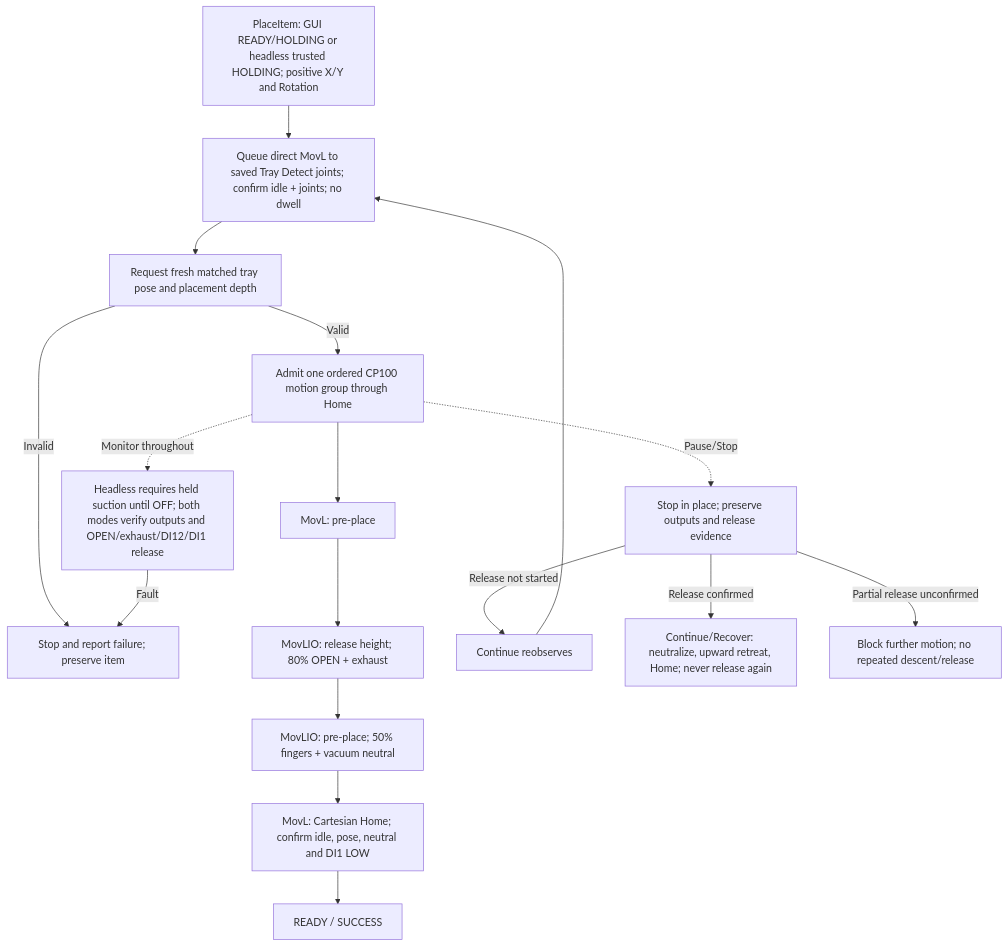
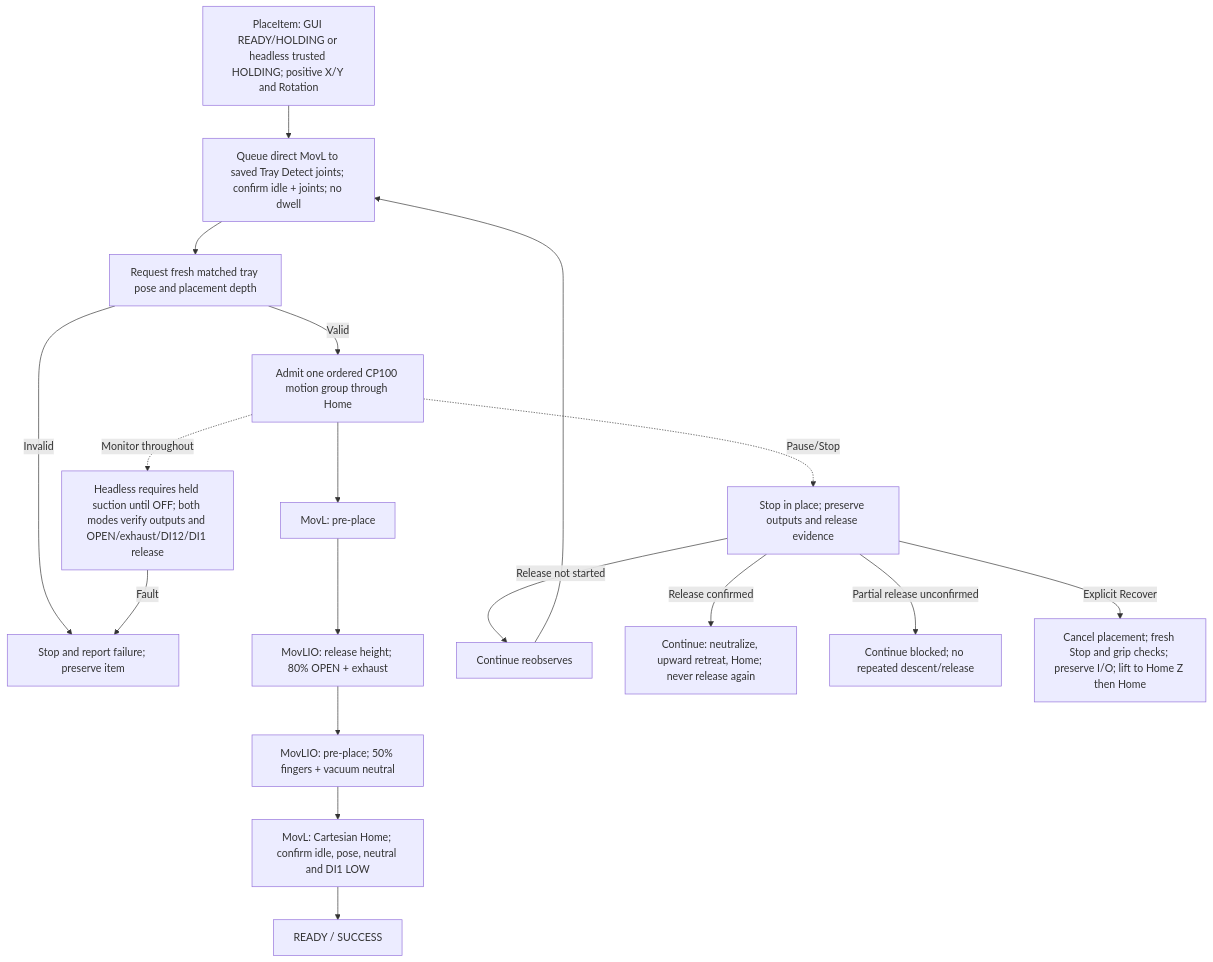
Before and after one commit to esgange/dobot_picknplace_yolo: the fourth of 7 diagrams in docs/ROBOT_CONTROLLER_FSM.md, drawn with Mermaid. The commit also changed other lines of this file and 18 other files, not shown here.

Commit message:
Cancel interrupted actions and recover vertically to Home with grip preserved

````diff
--- a/docs/ROBOT_CONTROLLER_FSM.md
+++ b/docs/ROBOT_CONTROLLER_FSM.md
@@ -242,19 +253,20 @@
 ```mermaid
 flowchart TD
     Request["PlaceItem: GUI READY/HOLDING or headless trusted HOLDING; positive X/Y and Rotation"] --> Observe["Queue direct MovL to saved Tray Detect joints; confirm idle + joints; no dwell"]
     Observe --> Depth["Request fresh matched tray pose and placement depth"]
     Depth -->|Invalid| Stop["Stop and report failure; preserve item"]
     Depth -->|Valid| Queue["Admit one ordered CP100 motion group through Home"]
     Queue --> Pre["MovL: pre-place"]
     Pre --> Release["MovLIO: release height; 80% OPEN + exhaust"]
     Release --> Retract["MovLIO: pre-place; 50% fingers + vacuum neutral"]
     Retract --> Home["MovL: Cartesian Home; confirm idle, pose, neutral and DI1 LOW"]
     Home --> Ready["READY / SUCCESS"]
     Queue -. "Monitor throughout" .-> Feedback["Headless requires held suction until OFF; both modes verify outputs and OPEN/exhaust/DI12/DI1 release"]
     Feedback -->|Fault| Stop
     Queue -. "Pause/Stop" .-> Stopped["Stop in place; preserve outputs and release evidence"]
     Stopped -->|Release not started| Retry["Continue reobserves"]
     Retry --> Observe
-    Stopped -->|Release confirmed| Recover["Continue/Recover: neutralize, upward retreat, Home; never release again"]
-    Stopped -->|Partial release unconfirmed| Block["Block further motion; no repeated descent/release"]
+    Stopped -->|Release confirmed| Recover["Continue: neutralize, upward retreat, Home; never release again"]
+    Stopped -->|Partial release unconfirmed| Block["Continue blocked; no repeated descent/release"]
+    Stopped -->|Explicit Recover| Cancel["Cancel placement; fresh Stop and grip checks; preserve I/O; lift to Home Z then Home"]
 ```
````
